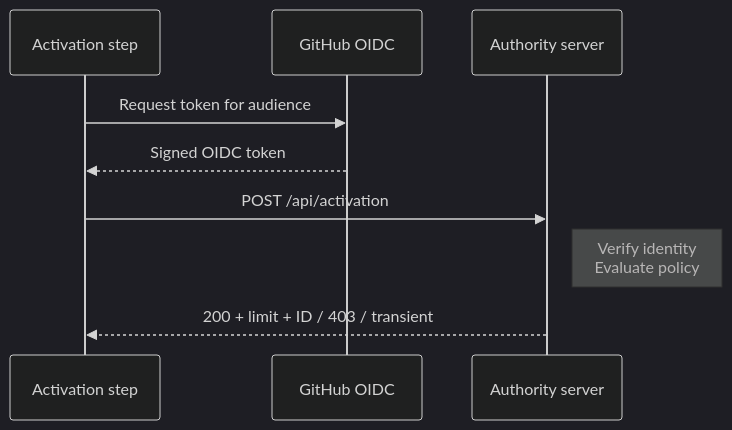
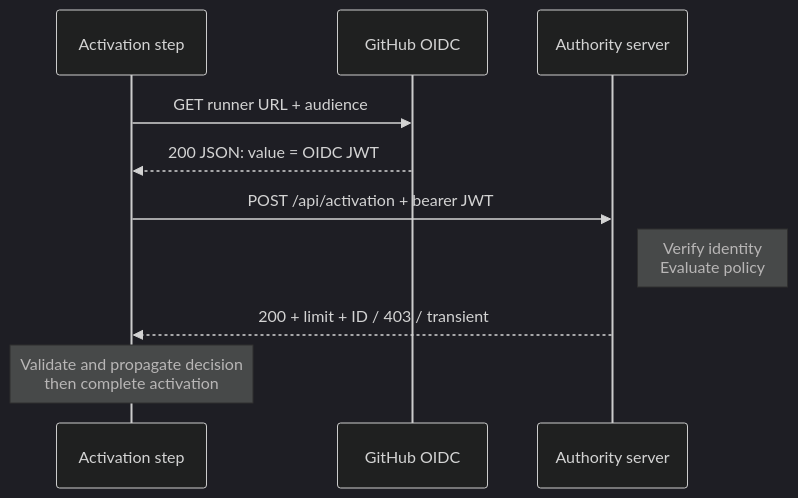
The second of 5 diagrams in docs/src/content/docs/specs/admission-service-specification.md (githubnext/gh-aw), drawn with Mermaid (dark theme) before and after one commit. The commit also changed other lines of this file, not shown here.

First line of the commit message:
docs: detail admission OIDC API journey

````diff
--- a/docs/src/content/docs/specs/admission-service-specification.md
+++ b/docs/src/content/docs/specs/admission-service-specification.md
@@ -99,12 +99,13 @@
 ```mermaid
 sequenceDiagram
     participant A as Activation step
     participant G as GitHub OIDC
     participant S as Authority server
 
-    A->>G: Request token for audience
-    G-->>A: Signed OIDC token
-    A->>S: POST /api/activation
+    A->>G: GET runner URL + audience
+    G-->>A: 200 JSON: value = OIDC JWT
+    A->>S: POST /api/activation + bearer JWT
     Note right of S: Verify identity<br/>Evaluate policy
     S-->>A: 200 + limit + ID / 403 / transient
+    Note over A: Validate and propagate decision<br/>then complete activation
 ```
````
